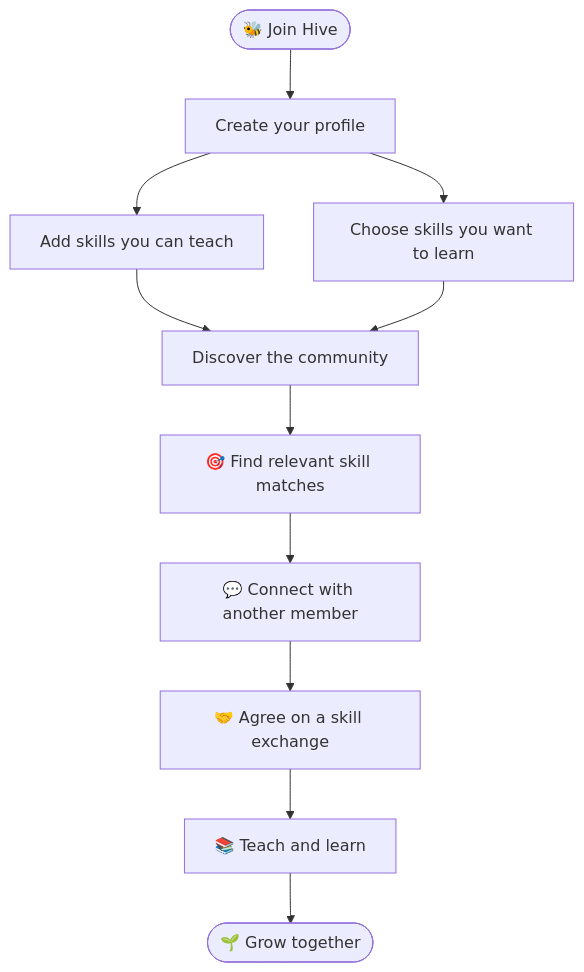
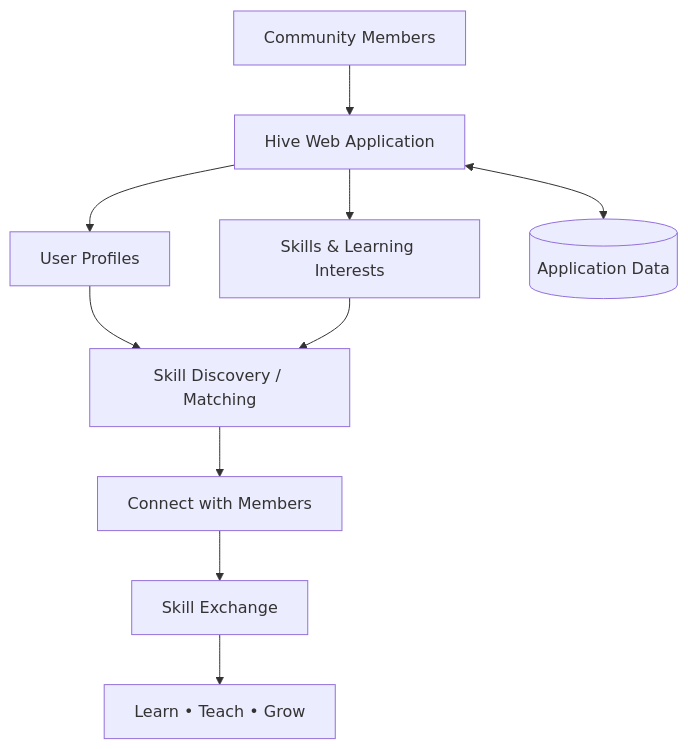
The diagram in README.md (Special258/Hive), drawn with Mermaid before and after one commit. The commit also changed other lines of this file, not shown here.

````diff
--- a/README.md
+++ b/README.md
@@ -155,13 +43,12 @@
-``` mermaid
+```mermaid
 flowchart TD
-    A([🐝 Join Hive]) --> B[Create your profile]
-    B --> C[Add skills you can teach]
-    B --> D[Choose skills you want to learn]
-    C --> E[Discover the community]
+    A[Community Members] --> B[Hive Web Application]
+    B --> C[User Profiles]
+    B --> D[Skills & Learning Interests]
+    C --> E[Skill Discovery / Matching]
     D --> E
-    E --> F[🎯 Find relevant skill matches]
-    F --> G[💬 Connect with another member]
-    G --> H[🤝 Agree on a skill exchange]
-    H --> I[📚 Teach and learn]
-    I --> J([🌱 Grow together])
+    E --> F[Connect with Members]
+    F --> G[Skill Exchange]
+    G --> H[Learn • Teach • Grow]
+    B <--> I[(Application Data)]
 ```
````
